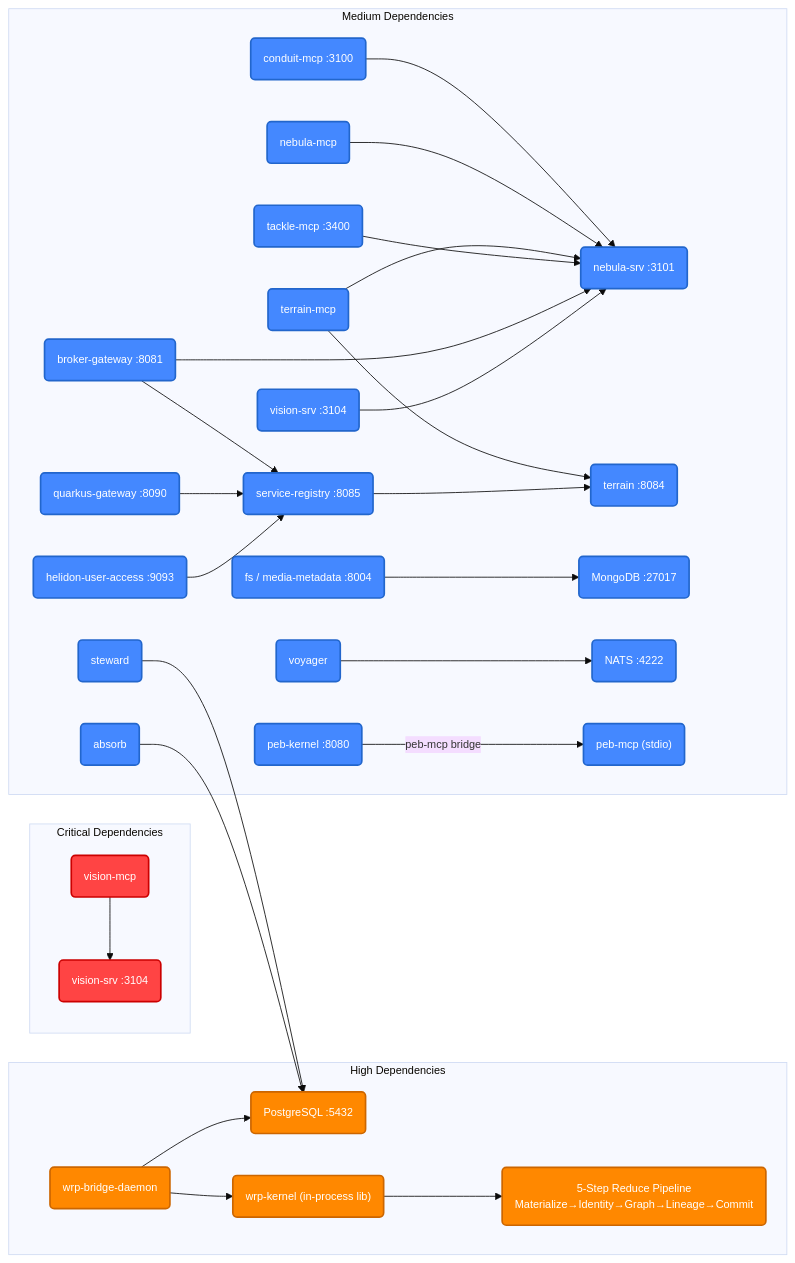
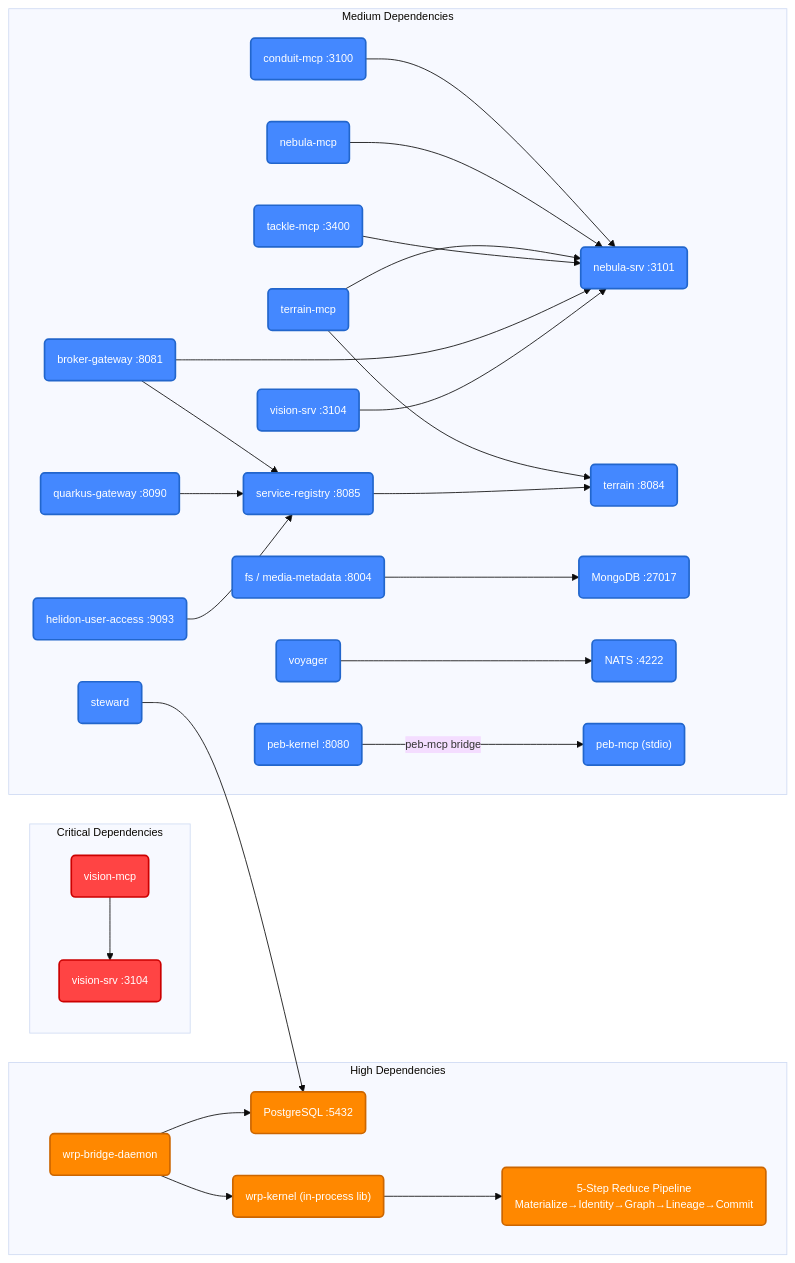
Before and after one commit to markpippins/Nexus: the second of 3 diagrams in audit/SERVICE_TOPOLOGY.md, drawn with Mermaid. The commit also changed other lines of this file and 3 other files, not shown here.

````diff
--- a/audit/SERVICE_TOPOLOGY.md
+++ b/audit/SERVICE_TOPOLOGY.md
@@ -207,52 +207,51 @@
 ```mermaid
 %%{init: {'theme': 'base', 'themeVariables': {
   'fontSize': '13px',
   'primaryBorderColor': '#555'
 }}}%%
 
 graph LR
     %% Styles
     classDef critical fill:#ff4444,color:#fff,stroke:#cc0000,stroke-width:2px
     classDef high fill:#ff8800,color:#fff,stroke:#cc6600,stroke-width:2px
     classDef medium fill:#4488ff,color:#fff,stroke:#2266cc,stroke-width:2px
     classDef service fill:#334,color:#ddd,stroke:#667
 
     %% CRITICAL dependencies
     subgraph Critical["Critical Dependencies"]
         VM1("vision-mcp") --> VS1("vision-srv :3104")
     end
 
     %% HIGH dependencies
     subgraph High["High Dependencies"]
         WBD1("wrp-bridge-daemon") --> PG1("PostgreSQL :5432")
         WBD1 --> WK1("wrp-kernel (in-process lib)")
         WK1 --> WK_STEPS("5-Step Reduce Pipeline<br/>Materialize→Identity→Graph→Lineage→Commit")
     end
 
     %% MEDIUM dependencies
     subgraph Medium["Medium Dependencies"]
         CM1("conduit-mcp :3100") --> NS1("nebula-srv :3101")
         NM1("nebula-mcp") --> NS1
         TM1("terrain-mcp") --> NS1
         TKM1("tackle-mcp :3400") --> NS1
         BG1("broker-gateway :8081") --> NS1
         VS2("vision-srv :3104") --> NS1
         TM1 --> TERR1("terrain :8084")
         SWD1("steward") --> PG1
-        ABS1("absorb") --> PG1
         FS1("fs / media-metadata :8004") --> MONGO1("MongoDB :27017")
         VYG1("voyager") --> NATS1("NATS :4222")
         PK1("peb-kernel :8080") -- "peb-mcp bridge" --> PM1("peb-mcp (stdio)")
         BG1 --> SR1("service-registry :8085")
         SR1 --> TERR1
         QG1("quarkus-gateway :8090") --> SR1
         HUS1("helidon-user-access :9093") --> SR1
     end
 
     class VM1 critical
     class CM1,NM1,TM1,TKM1,BG1,VS2,TERR1,NS1,SWD1,ABS1,FS1,VYG1,PK1,SR1,PM1,QG1,HUS1 medium
     class WBD1 high
     class WK1,WK_STEPS,PG1 high
     class VS1 critical
     class MONGO1,NATS1 medium
 ```
````
